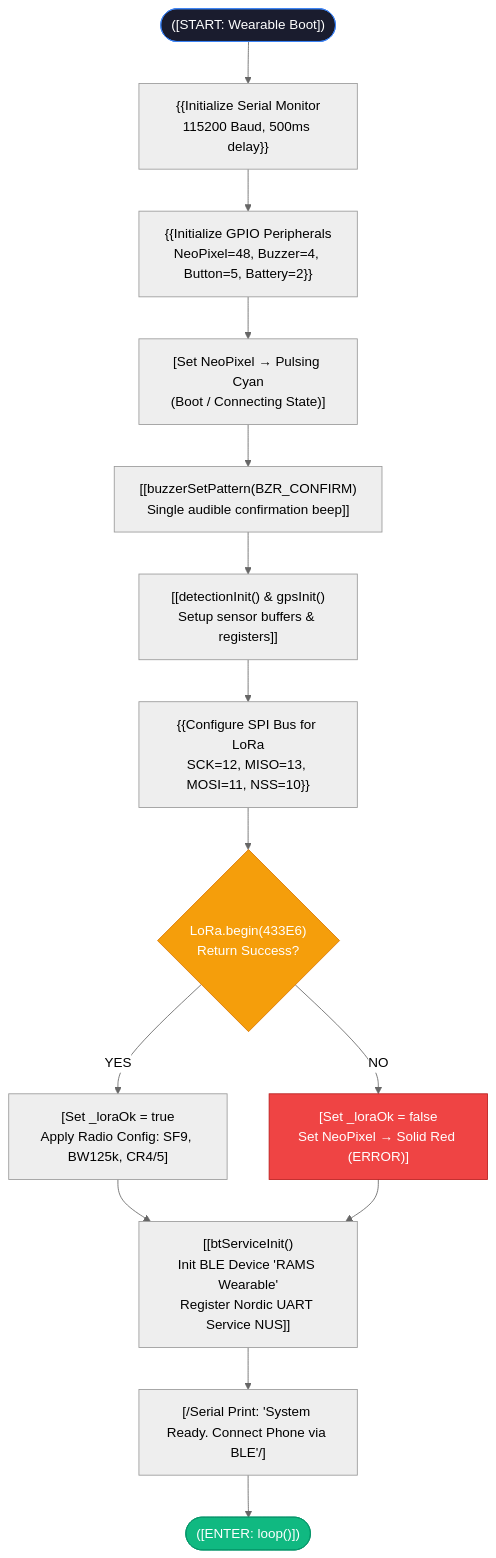
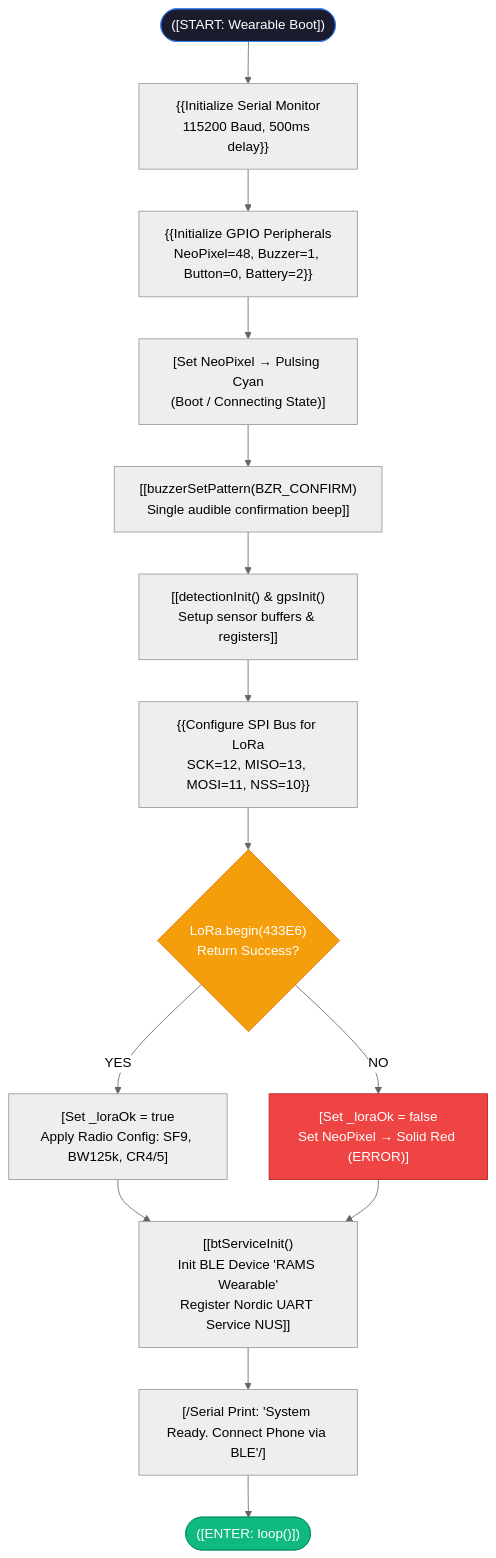
The first of 7 diagrams in docs/MD Files/Program_Flowchart.md (JanClyde05/Road-Accident-Monitoring-System), drawn with Mermaid (neutral theme) before and after one commit. The commit also changed other lines of this file and 22 other files, not shown here.

````diff
--- a/docs/MD Files/Program_Flowchart.md
+++ b/docs/MD Files/Program_Flowchart.md
@@ -38,25 +38,25 @@
 ```mermaid
 flowchart TD
     START(["([START: Wearable Boot])"]) --> INIT_SERIAL["{{Initialize Serial Monitor\n115200 Baud, 500ms delay}}"]
-    INIT_SERIAL --> INIT_PINS["{{Initialize GPIO Peripherals\nNeoPixel=48, Buzzer=4, Button=5, Battery=2}}"]
+    INIT_SERIAL --> INIT_PINS["{{Initialize GPIO Peripherals\nNeoPixel=48, Buzzer=1, Button=0, Battery=2}}"]
     INIT_PINS --> LED_CYAN["[Set NeoPixel → Pulsing Cyan\n(Boot / Connecting State)]"]
     LED_CYAN --> BZR_BEEP["[[buzzerSetPattern(BZR_CONFIRM)\nSingle audible confirmation beep]]"]
     BZR_BEEP --> INIT_SENSORS["[[detectionInit() & gpsInit()\nSetup sensor buffers & registers]]"]
     
     INIT_SENSORS --> INIT_SPI["{{Configure SPI Bus for LoRa\nSCK=12, MISO=13, MOSI=11, NSS=10}}"]
     INIT_SPI --> CHK_LORA{"LoRa.begin(433E6)\nReturn Success?"}
 
     CHK_LORA -- "YES" --> LORA_OK["[Set _loraOk = true\nApply Radio Config: SF9, BW125k, CR4/5]"]
     CHK_LORA -- "NO" --> LORA_FAIL["[Set _loraOk = false\nSet NeoPixel → Solid Red (ERROR)]"]
 
     LORA_OK --> INIT_BLE["[[btServiceInit()\nInit BLE Device 'RAMS Wearable'\nRegister Nordic UART Service NUS]]"]
     LORA_FAIL --> INIT_BLE
 
     INIT_BLE --> PRINT_READY["[/Serial Print: 'System Ready. Connect Phone via BLE'/]"]
     PRINT_READY --> ENTER_LOOP(["([ENTER: loop()])"])
 
     style START fill:#1a1c2e,stroke:#3b82f6,color:#fff
     style ENTER_LOOP fill:#10b981,stroke:#059669,color:#fff
     style CHK_LORA fill:#f59e0b,stroke:#d97706,color:#fff
     style LORA_FAIL fill:#ef4444,stroke:#b91c1c,color:#fff
 ```
````
